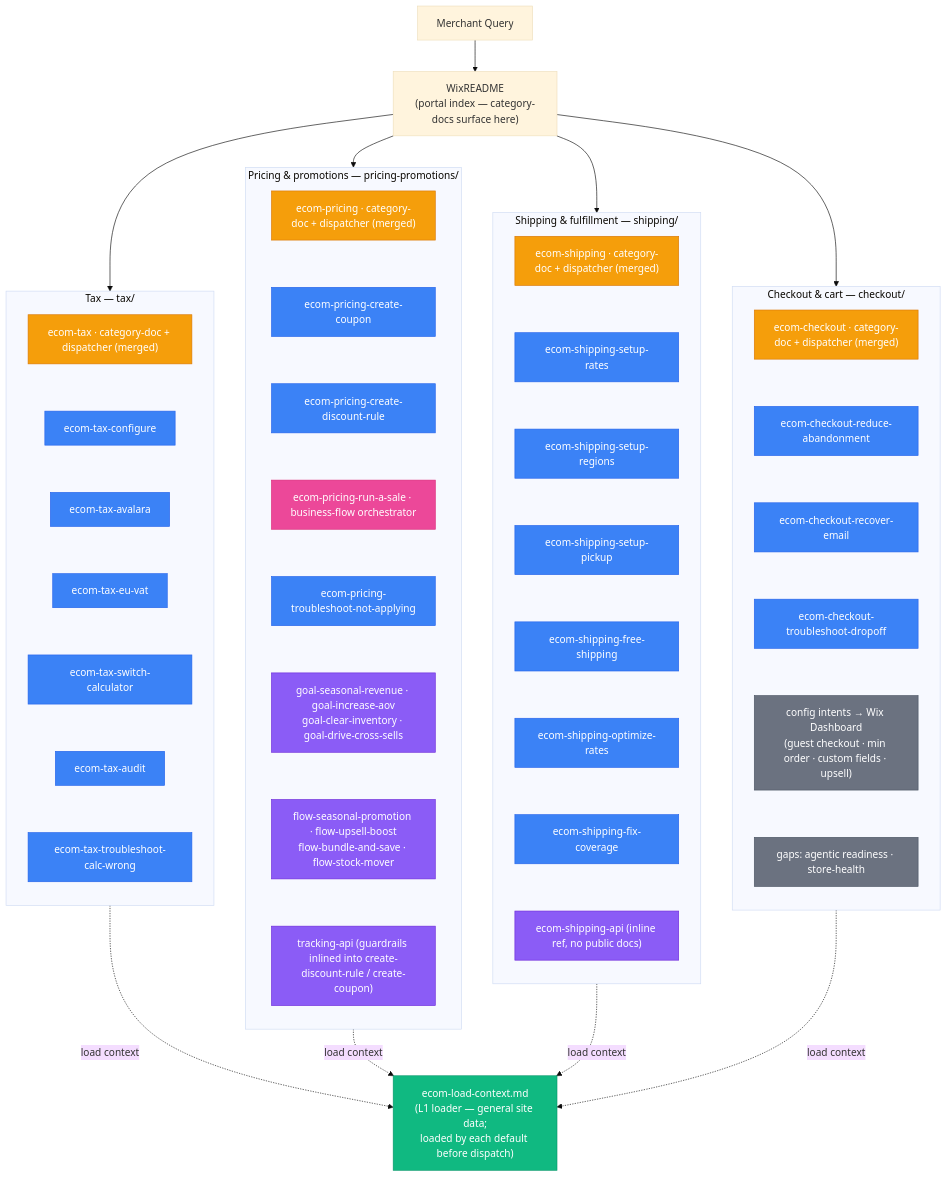
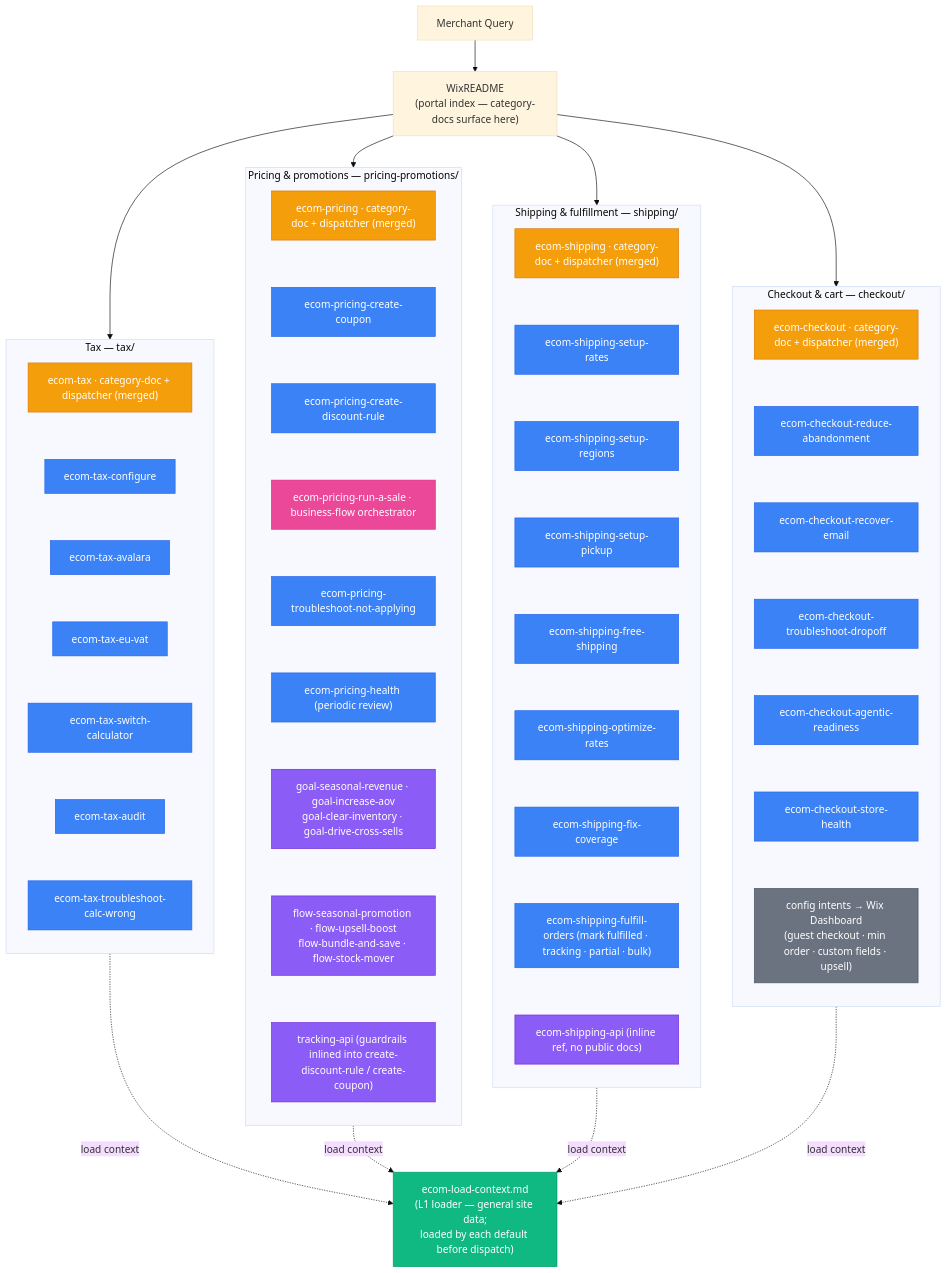
The diagram in skills/wix-manage/references/ecommerce/skill-graph.md (wix/skills), drawn with Mermaid (base theme) before and after one commit. The commit also changed other lines of this file and 11 other files, not shown here.

First line of the commit message:
feat(wix-manage): close ecom intent-coverage gaps + strip stray content tags

```diff
--- a/skills/wix-manage/references/ecommerce/skill-graph.md
+++ b/skills/wix-manage/references/ecommerce/skill-graph.md
@@ -41,10 +41,11 @@
         PD["ecom-pricing-create-discount-rule"]
         PR["ecom-pricing-run-a-sale · business-flow orchestrator"]
         PB["ecom-pricing-troubleshoot-not-applying"]
+        PH["ecom-pricing-health (periodic review)"]
         PG["goal-seasonal-revenue · goal-increase-aov<br/>goal-clear-inventory · goal-drive-cross-sells"]
         PF["flow-seasonal-promotion · flow-upsell-boost<br/>flow-bundle-and-save · flow-stock-mover"]
         PV["tracking-api (guardrails inlined into create-discount-rule / create-coupon)"]
-        PRICEDEF ~~~ PC ~~~ PD ~~~ PR ~~~ PB ~~~ PG ~~~ PF ~~~ PV
+        PRICEDEF ~~~ PC ~~~ PD ~~~ PR ~~~ PB ~~~ PH ~~~ PG ~~~ PF ~~~ PV
     end
 
     %% ---------- Shipping & fulfillment L3 (migrated) ----------
@@ -57,8 +58,9 @@
         SF["ecom-shipping-free-shipping"]
         SO["ecom-shipping-optimize-rates"]
         SX["ecom-shipping-fix-coverage"]
+        SFU["ecom-shipping-fulfill-orders (mark fulfilled · tracking · partial · bulk)"]
         SS["ecom-shipping-api (inline ref, no public docs)"]
-        SHIPDEF ~~~ SR ~~~ SG ~~~ SP ~~~ SF ~~~ SO ~~~ SX ~~~ SS
+        SHIPDEF ~~~ SR ~~~ SG ~~~ SP ~~~ SF ~~~ SO ~~~ SX ~~~ SFU ~~~ SS
     end
 
     %% ---------- Checkout & cart L3 (migrated) ----------
@@ -68,9 +70,10 @@
         CR["ecom-checkout-reduce-abandonment"]
         CE["ecom-checkout-recover-email"]
         CT["ecom-checkout-troubleshoot-dropoff"]
+        CA["ecom-checkout-agentic-readiness"]
+        CH["ecom-checkout-store-health"]
         CD["config intents → Wix Dashboard<br/>(guest checkout · min order · custom fields · upsell)"]
-        CG["gaps: agentic readiness · store-health"]
-        CHKDEF ~~~ CR ~~~ CE ~~~ CT ~~~ CD ~~~ CG
+        CHKDEF ~~~ CR ~~~ CE ~~~ CT ~~~ CA ~~~ CH ~~~ CD
     end
 
     classDef dispatcher fill:#f59e0b,stroke:#d97706,color:#fff
@@ -81,7 +84,7 @@
     classDef legacy fill:#6b7280,stroke:#4b5563,color:#fff
 
     class TAXDEF,PRICEDEF,SHIPDEF,CHKDEF dispatcher
-    class TC,TA,TV,TS,TU,TT,PC,PD,PB,SR,SG,SP,SF,SO,SX,CR,CE,CT promotion
+    class TC,TA,TV,TS,TU,TT,PC,PD,PB,PH,SR,SG,SP,SF,SO,SX,SFU,CR,CE,CT,CA,CH promotion
     class PR orchestrator
     class PG,PF,PV,SS support
     class LOADER loader
```
